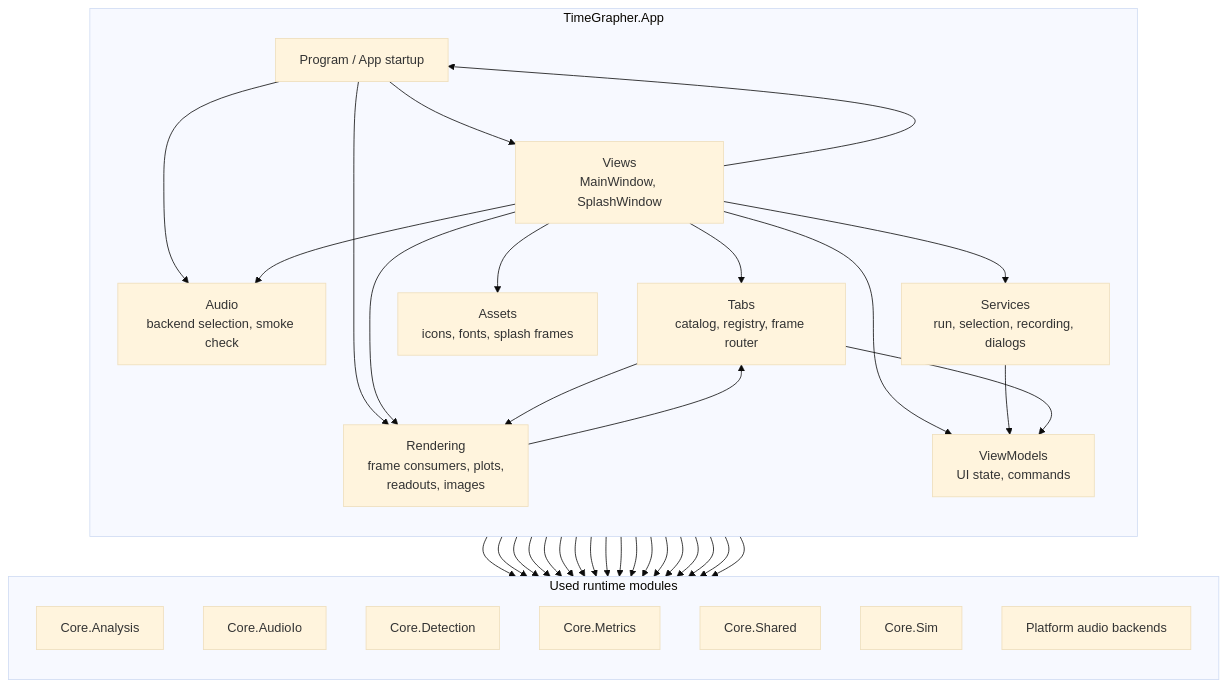
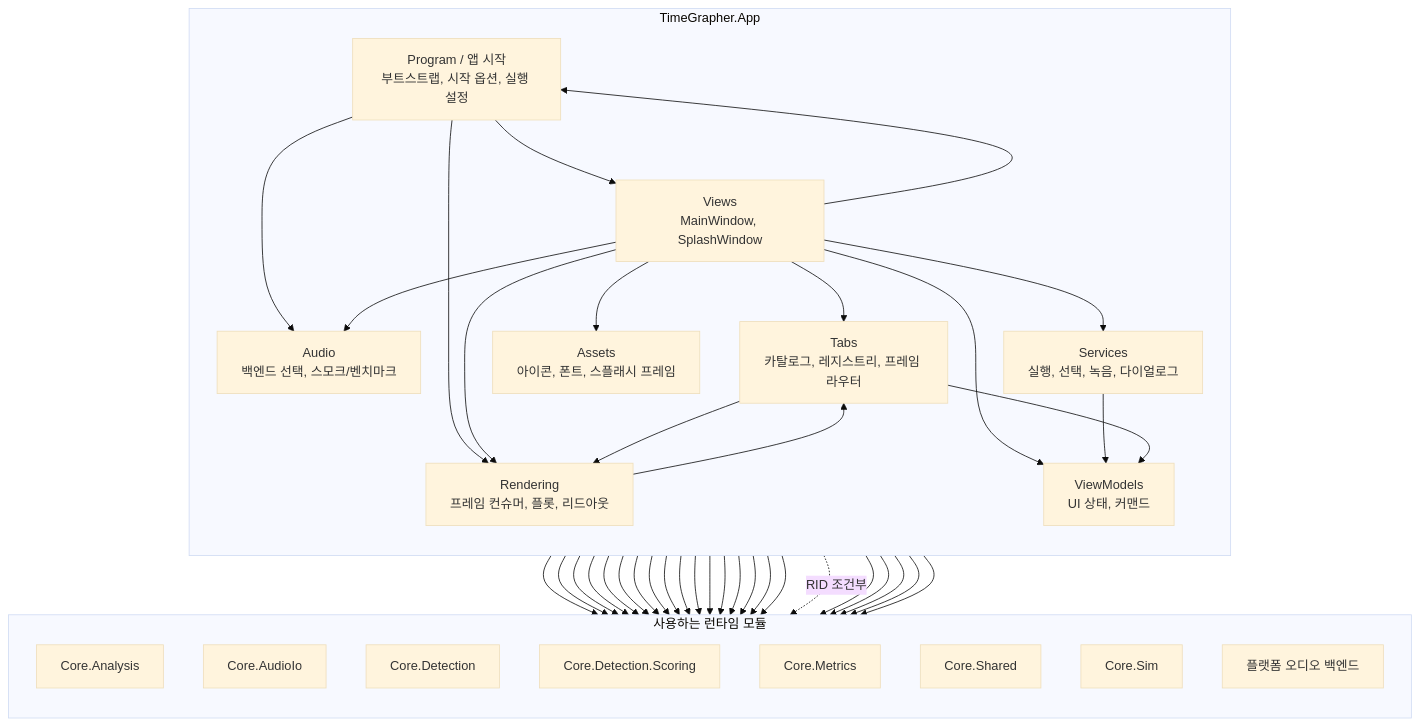
Before and after one commit to Jae-hong-5/TimeGrapher-Net: the second of 3 diagrams in docs/architecture/MODULE_USES_VIEW.md, drawn with Mermaid (base theme). The commit also changed other lines of this file and 4 other files, not shown here.

First line of the commit message:
docs(architecture): sync view diagrams to code and rewrite in Korean

````diff
--- a/docs/architecture/MODULE_USES_VIEW.md
+++ b/docs/architecture/MODULE_USES_VIEW.md
@@ -68,58 +94,70 @@
 ```mermaid
 flowchart TB
     subgraph App["TimeGrapher.App"]
         direction TB
-        Program["Program / App startup"]
+        Program["Program / 앱 시작<br/>부트스트랩, 시작 옵션, 실행 설정"]
         Views["Views<br/>MainWindow, SplashWindow"]
-        ViewModels["ViewModels<br/>UI state, commands"]
-        Services["Services<br/>run, selection, recording, dialogs"]
-        Audio["Audio<br/>backend selection, smoke check"]
-        Tabs["Tabs<br/>catalog, registry, frame router"]
-        Rendering["Rendering<br/>frame consumers, plots,<br/>readouts, images"]
-        Assets["Assets<br/>icons, fonts, splash frames"]
+        ViewModels["ViewModels<br/>UI 상태, 커맨드"]
+        Services["Services<br/>실행, 선택, 녹음, 다이얼로그"]
+        Audio["Audio<br/>백엔드 선택, 스모크/벤치마크"]
+        Tabs["Tabs<br/>카탈로그, 레지스트리, 프레임 라우터"]
+        Rendering["Rendering<br/>프레임 컨슈머, 플롯, 리드아웃"]
+        Assets["Assets<br/>아이콘, 폰트, 스플래시 프레임"]
     end
 
-    subgraph UsedByApp["Used runtime modules"]
+    subgraph UsedRuntime["사용하는 런타임 모듈"]
         direction TB
         CoreAnalysis["Core.Analysis"]
         CoreAudioIo["Core.AudioIo"]
         CoreDetection["Core.Detection"]
+        CoreScoring["Core.Detection.Scoring"]
         CoreMetrics["Core.Metrics"]
         CoreShared["Core.Shared"]
         CoreSim["Core.Sim"]
-        PlatformAudio["Platform audio backends"]
+        PlatformAudio["플랫폼 오디오 백엔드"]
     end
 
     Program --> Views
     Program --> Audio
     Program --> Rendering
     Program --> CoreAnalysis
     Program --> CoreAudioIo
+    Program --> CoreScoring
     Program --> CoreShared
+
     Views --> Program
     Views --> ViewModels
     Views --> Services
     Views --> Audio
     Views --> Tabs
     Views --> Rendering
     Views --> CoreAudioIo
     Views --> CoreDetection
     Views --> CoreShared
     Views --> CoreSim
+    Views --> Assets
+
     ViewModels --> CoreShared
+
     Services --> ViewModels
     Services --> CoreAnalysis
     Services --> CoreAudioIo
     Services --> CoreMetrics
     Services --> CoreShared
+
+    Audio --> CoreAnalysis
+    Audio --> CoreAudioIo
     Audio --> CoreShared
-    Audio --> PlatformAudio
+    Audio --> CoreSim
+    Audio -. "RID 조건부" .-> PlatformAudio
+
     Tabs --> ViewModels
     Tabs --> Rendering
+    Tabs --> CoreAnalysis
     Tabs --> CoreShared
+
     Rendering --> Tabs
     Rendering --> CoreAnalysis
     Rendering --> CoreMetrics
     Rendering --> CoreShared
-    Views --> Assets
 ```
````
